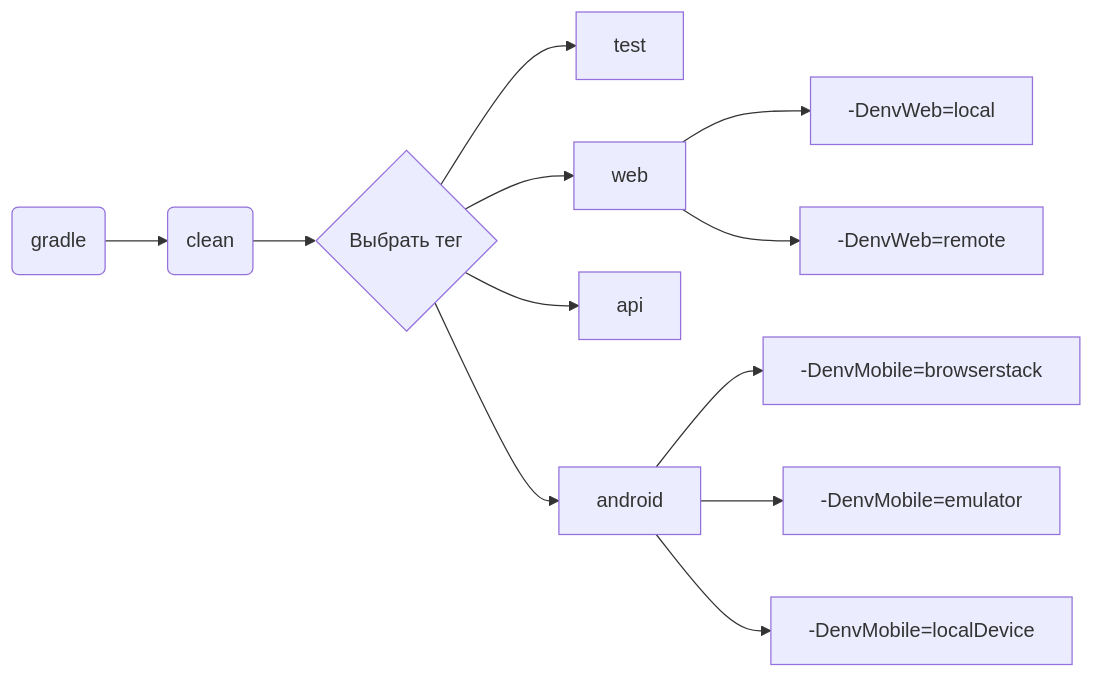
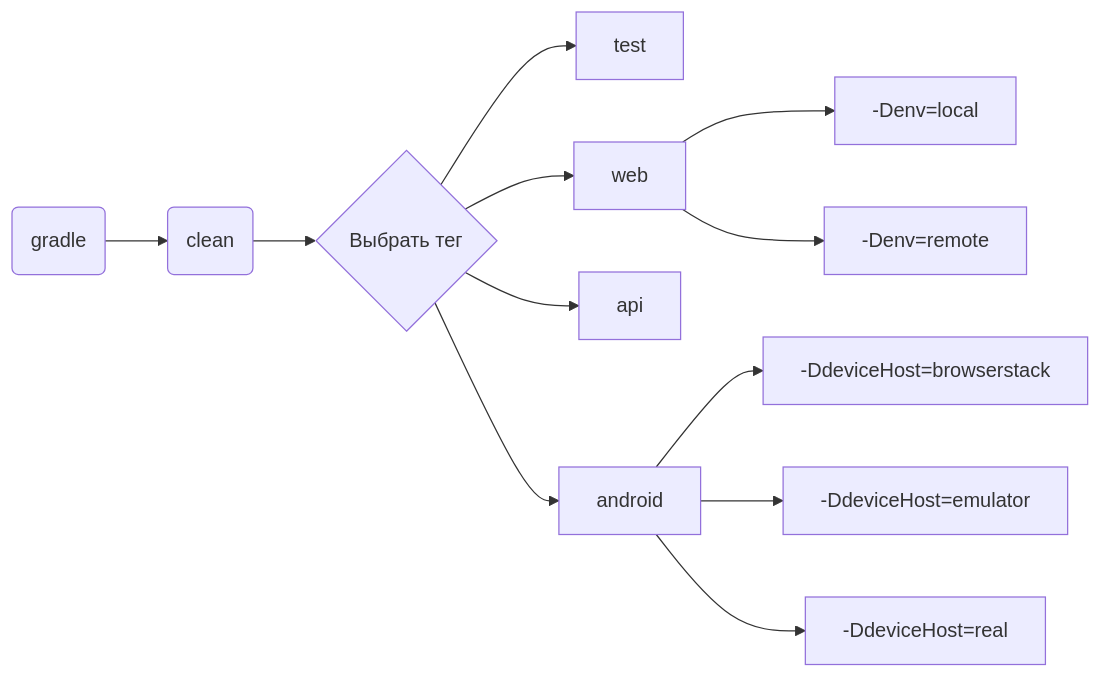
One commit to Clattoo/qaguru_diploma changed the diagram in README.md. Above: the diagram before and after it, drawn with Mermaid. The commit also changed other lines of this file, not shown here.

````diff
--- a/README.md
+++ b/README.md
@@ -106,14 +103,14 @@
 ```mermaid 
 flowchart LR
     A(gradle) --> B(clean)
     B --> C{Выбрать тег}
     C --> D[test]
     C --> E[web]
     C --> F[api]
     C --> G[android]
-    E --> H[-DenvWeb=local]
-    E --> I[-DenvWeb=remote]
-    G --> J[-DenvMobile=browserstack]
-    G --> K[-DenvMobile=emulator]
-    G --> L[-DenvMobile=localDevice]
+    E --> H[-Denv=local]
+    E --> I[-Denv=remote]
+    G --> J[-DdeviceHost=browserstack]
+    G --> K[-DdeviceHost=emulator]
+    G --> L[-DdeviceHost=real]
 ```
````
